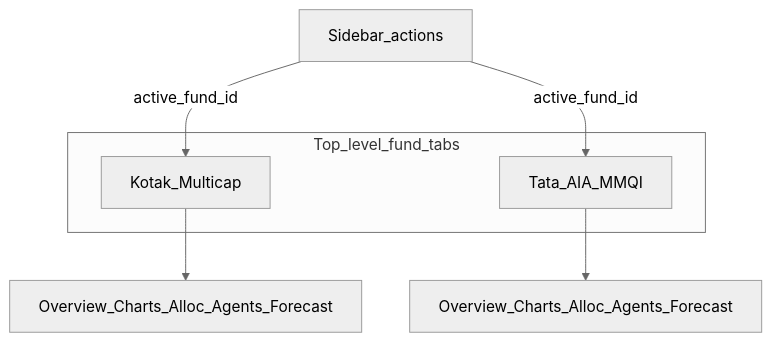
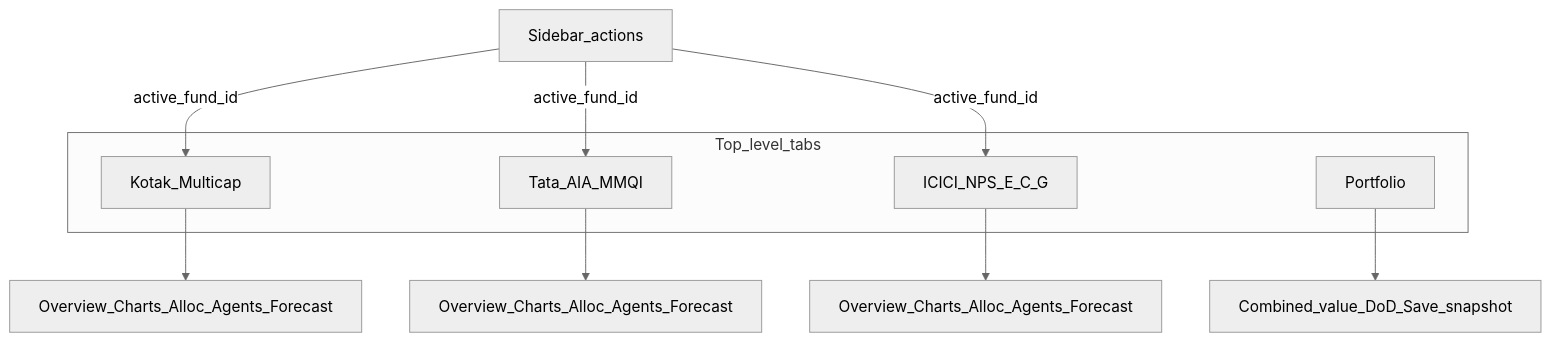
Before and after one commit to psunil0001-sys/revops: the first of 7 diagrams in README.md, drawn with Mermaid (neutral theme). The commit also changed other lines of this file and 11 other files, not shown here.

Commit message:
Add ICICI NPS holdings and daily portfolio snapshots

````diff
--- a/README.md
+++ b/README.md
@@ -83,11 +105,16 @@
 ```mermaid
 flowchart TB
-  subgraph top [Top_level_fund_tabs]
+  subgraph top [Top_level_tabs]
+    P[Portfolio]
     K[Kotak_Multicap]
     T[Tata_AIA_MMQI]
+    N[ICICI_NPS_E_C_G]
   end
+  P --> snap[Combined_value_DoD_Save_snapshot]
   K --> secs1[Overview_Charts_Alloc_Agents_Forecast]
   T --> secs2[Overview_Charts_Alloc_Agents_Forecast]
+  N --> secs3[Overview_Charts_Alloc_Agents_Forecast]
   sidebar[Sidebar_actions] -->|"active_fund_id"| K
   sidebar -->|"active_fund_id"| T
+  sidebar -->|"active_fund_id"| N
 ```
````
